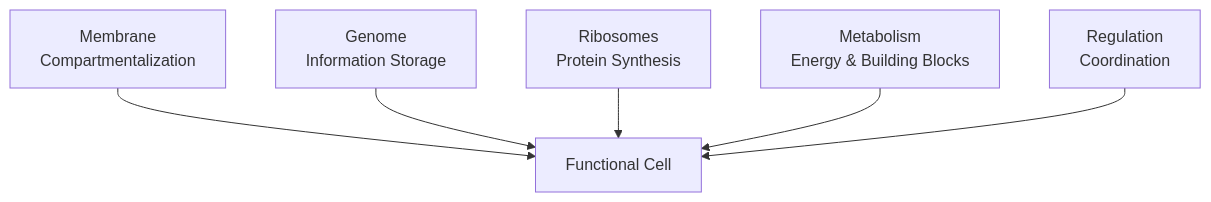
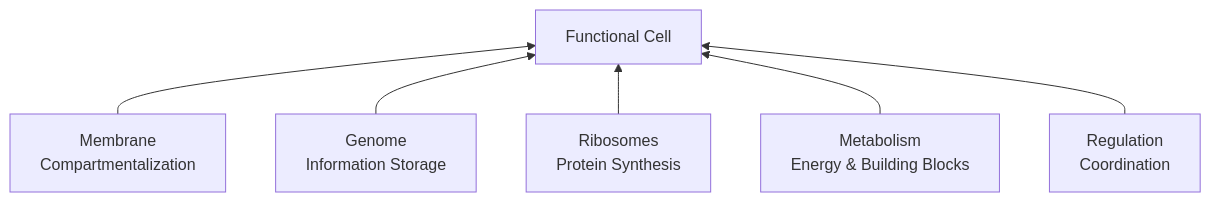
One commit to Suputra/saah.as changed the fifth of 5 diagrams in content/notes/protein engineering.md. Above: the diagram before and after it, drawn with Mermaid.

Commit message:
vault backup: 2025-07-07 18:45:11

````diff
--- a/content/notes/protein engineering.md
+++ b/content/notes/protein engineering.md
@@ -84,8 +84,8 @@
 ```mermaid
-graph TD
+graph BT
 	A[Membrane<br/>Compartmentalization] --> E[Functional Cell]
 	B[Genome<br/>Information Storage] --> E
 	C[Ribosomes<br/>Protein Synthesis] --> E
 	D[Metabolism<br/>Energy & Building Blocks] --> E
 	F[Regulation<br/>Coordination] --> E
 ```
````
